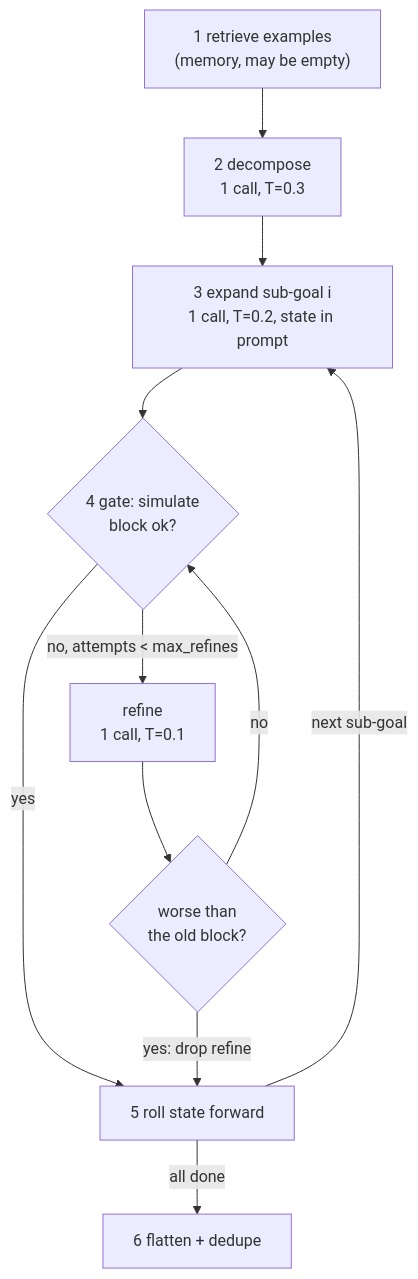
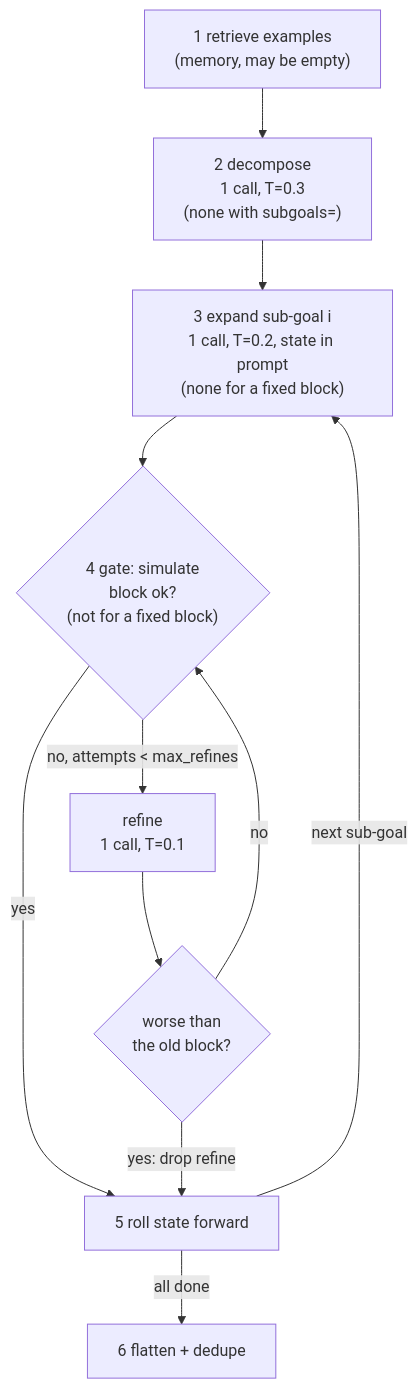
The diagram in website/docs/planners/sage.md (mtbui2010/embodiplan), drawn with Mermaid before and after one commit. The commit also changed other lines of this file and 16 other files, not shown here.

````diff
--- a/website/docs/planners/sage.md
+++ b/website/docs/planners/sage.md
@@ -76,13 +81,13 @@
 ```mermaid
 flowchart TD
-    M["1 retrieve examples<br/>(memory, may be empty)"] --> D["2 decompose<br/>1 call, T=0.3"]
-    D --> E["3 expand sub-goal i<br/>1 call, T=0.2, state in prompt"]
-    E --> G{"4 gate: simulate<br/>block ok?"}
+    M["1 retrieve examples<br/>(memory, may be empty)"] --> D["2 decompose<br/>1 call, T=0.3<br/>(none with subgoals=)"]
+    D --> E["3 expand sub-goal i<br/>1 call, T=0.2, state in prompt<br/>(none for a fixed block)"]
+    E --> G{"4 gate: simulate<br/>block ok?<br/>(not for a fixed block)"}
     G -- yes --> R["5 roll state forward"]
     G -- "no, attempts < max_refines" --> F["refine<br/>1 call, T=0.1"]
     F --> W{"worse than<br/>the old block?"}
     W -- "yes: drop refine" --> R
     W -- no --> G
     R -->|"next sub-goal"| E
     R -->|"all done"| P["6 flatten + dedupe"]
 ```
````
